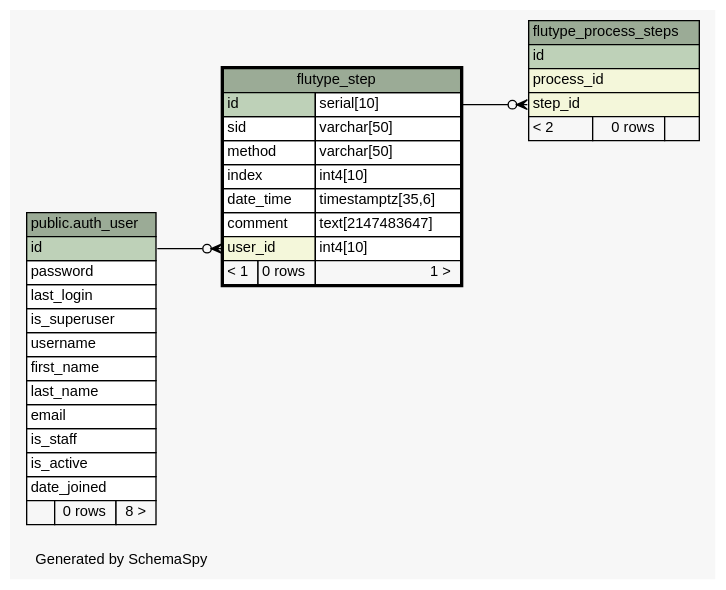
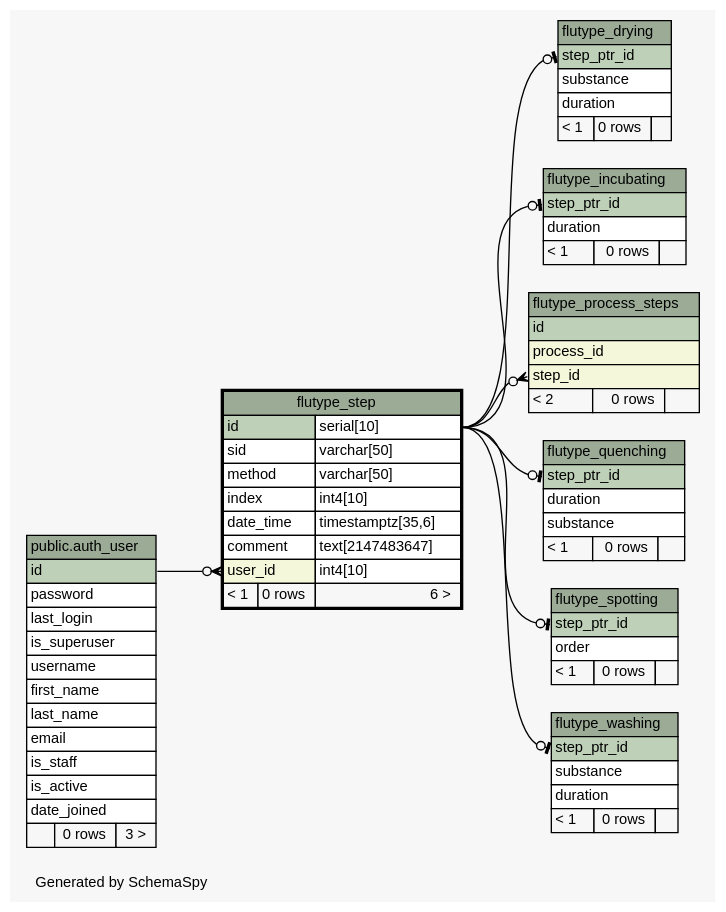
One commit to janekg89/flutype_webapp changed the diagram in docs/schema/diagrams/flutype_step.1degree.dot. Above: the diagram before and after it, drawn with Graphviz. The commit also changed 139 other files, not shown here.

Commit message:
add schema settings for janeks pc, working on fill_db.py with new model.

```diff
--- a/docs/schema/diagrams/flutype_step.1degree.dot
+++ b/docs/schema/diagrams/flutype_step.1degree.dot
@@ -1,71 +1,134 @@
-// dot 2.38.0 on Linux 4.4.0-89-generic
+// dot 2.38.0 on Linux 4.10.0-27-generic
 // SchemaSpy rev 590
 digraph "oneDegreeRelationshipsDiagram" {
   graph [
     rankdir="RL"
     bgcolor="#f7f7f7"
     label="\nGenerated by SchemaSpy"
     labeljust="l"
     nodesep="0.18"
     ranksep="0.46"
     fontname="Helvetica"
     fontsize="11"
   ];
   node [
     fontname="Helvetica"
     fontsize="11"
     shape="plaintext"
   ];
   edge [
     arrowsize="0.8"
   ];
+  "flutype_drying":"step_ptr_id":w -> "flutype_step":"id.type":e [arrowhead=none dir=back arrowtail=teeodot];
+  "flutype_incubating":"step_ptr_id":w -> "flutype_step":"id.type":e [arrowhead=none dir=back arrowtail=teeodot];
   "flutype_process_steps":"step_id":w -> "flutype_step":"id.type":e [arrowhead=none dir=back arrowtail=crowodot];
+  "flutype_quenching":"step_ptr_id":w -> "flutype_step":"id.type":e [arrowhead=none dir=back arrowtail=teeodot];
+  "flutype_spotting":"step_ptr_id":w -> "flutype_step":"id.type":e [arrowhead=none dir=back arrowtail=teeodot];
   "flutype_step":"user_id":w -> "public.auth_user":"id":e [arrowhead=none dir=back arrowtail=crowodot];
+  "flutype_washing":"step_ptr_id":w -> "flutype_step":"id.type":e [arrowhead=none dir=back arrowtail=teeodot];
   "public.auth_user" [
     label=<
     <TABLE BORDER="0" CELLBORDER="1" CELLSPACING="0" BGCOLOR="#ffffff">
       <TR><TD COLSPAN="3" BGCOLOR="#9bab96" ALIGN="CENTER">public.auth_user</TD></TR>
       <TR><TD PORT="id" COLSPAN="3" BGCOLOR="#bed1b8" ALIGN="LEFT">id</TD></TR>
       <TR><TD PORT="password" COLSPAN="3" ALIGN="LEFT">password</TD></TR>
       <TR><TD PORT="last_login" COLSPAN="3" ALIGN="LEFT">last_login</TD></TR>
       <TR><TD PORT="is_superuser" COLSPAN="3" ALIGN="LEFT">is_superuser</TD></TR>
       <TR><TD PORT="username" COLSPAN="3" ALIGN="LEFT">username</TD></TR>
       <TR><TD PORT="first_name" COLSPAN="3" ALIGN="LEFT">first_name</TD></TR>
       <TR><TD PORT="last_name" COLSPAN="3" ALIGN="LEFT">last_name</TD></TR>
       <TR><TD PORT="email" COLSPAN="3" ALIGN="LEFT">email</TD></TR>
       <TR><TD PORT="is_staff" COLSPAN="3" ALIGN="LEFT">is_staff</TD></TR>
       <TR><TD PORT="is_active" COLSPAN="3" ALIGN="LEFT">is_active</TD></TR>
       <TR><TD PORT="date_joined" COLSPAN="3" ALIGN="LEFT">date_joined</TD></TR>
-      <TR><TD ALIGN="LEFT" BGCOLOR="#f7f7f7">  </TD><TD ALIGN="RIGHT" BGCOLOR="#f7f7f7">0 rows</TD><TD ALIGN="RIGHT" BGCOLOR="#f7f7f7">8 &gt;</TD></TR>
+      <TR><TD ALIGN="LEFT" BGCOLOR="#f7f7f7">  </TD><TD ALIGN="RIGHT" BGCOLOR="#f7f7f7">0 rows</TD><TD ALIGN="RIGHT" BGCOLOR="#f7f7f7">3 &gt;</TD></TR>
     </TABLE>>
     tooltip="public.auth_user"
+  ];
+  "flutype_drying" [
+    label=<
+    <TABLE BORDER="0" CELLBORDER="1" CELLSPACING="0" BGCOLOR="#ffffff">
+      <TR><TD COLSPAN="3" BGCOLOR="#9bab96" ALIGN="CENTER">flutype_drying</TD></TR>
+      <TR><TD PORT="step_ptr_id" COLSPAN="3" BGCOLOR="#bed1b8" ALIGN="LEFT">step_ptr_id</TD></TR>
+      <TR><TD PORT="substance" COLSPAN="3" ALIGN="LEFT">substance</TD></TR>
+      <TR><TD PORT="duration" COLSPAN="3" ALIGN="LEFT">duration</TD></TR>
+      <TR><TD ALIGN="LEFT" BGCOLOR="#f7f7f7">&lt; 1</TD><TD ALIGN="RIGHT" BGCOLOR="#f7f7f7">0 rows</TD><TD ALIGN="RIGHT" BGCOLOR="#f7f7f7">  </TD></TR>
+    </TABLE>>
+    URL="flutype_drying.html"
+    tooltip="flutype_drying"
+  ];
+  "flutype_incubating" [
+    label=<
+    <TABLE BORDER="0" CELLBORDER="1" CELLSPACING="0" BGCOLOR="#ffffff">
+      <TR><TD COLSPAN="3" BGCOLOR="#9bab96" ALIGN="CENTER">flutype_incubating</TD></TR>
+      <TR><TD PORT="step_ptr_id" COLSPAN="3" BGCOLOR="#bed1b8" ALIGN="LEFT">step_ptr_id</TD></TR>
+      <TR><TD PORT="duration" COLSPAN="3" ALIGN="LEFT">duration</TD></TR>
+      <TR><TD ALIGN="LEFT" BGCOLOR="#f7f7f7">&lt; 1</TD><TD ALIGN="RIGHT" BGCOLOR="#f7f7f7">0 rows</TD><TD ALIGN="RIGHT" BGCOLOR="#f7f7f7">  </TD></TR>
+    </TABLE>>
+    URL="flutype_incubating.html"
+    tooltip="flutype_incubating"
   ];
   "flutype_process_steps" [
     label=<
     <TABLE BORDER="0" CELLBORDER="1" CELLSPACING="0" BGCOLOR="#ffffff">
       <TR><TD COLSPAN="3" BGCOLOR="#9bab96" ALIGN="CENTER">flutype_process_steps</TD></TR>
       <TR><TD PORT="id" COLSPAN="3" BGCOLOR="#bed1b8" ALIGN="LEFT">id</TD></TR>
       <TR><TD PORT="process_id" COLSPAN="3" BGCOLOR="#f4f7da" ALIGN="LEFT">process_id</TD></TR>
       <TR><TD PORT="step_id" COLSPAN="3" BGCOLOR="#f4f7da" ALIGN="LEFT">step_id</TD></TR>
       <TR><TD ALIGN="LEFT" BGCOLOR="#f7f7f7">&lt; 2</TD><TD ALIGN="RIGHT" BGCOLOR="#f7f7f7">0 rows</TD><TD ALIGN="RIGHT" BGCOLOR="#f7f7f7">  </TD></TR>
     </TABLE>>
     URL="flutype_process_steps.html"
     tooltip="flutype_process_steps"
   ];
+  "flutype_quenching" [
+    label=<
+    <TABLE BORDER="0" CELLBORDER="1" CELLSPACING="0" BGCOLOR="#ffffff">
+      <TR><TD COLSPAN="3" BGCOLOR="#9bab96" ALIGN="CENTER">flutype_quenching</TD></TR>
+      <TR><TD PORT="step_ptr_id" COLSPAN="3" BGCOLOR="#bed1b8" ALIGN="LEFT">step_ptr_id</TD></TR>
+      <TR><TD PORT="duration" COLSPAN="3" ALIGN="LEFT">duration</TD></TR>
+      <TR><TD PORT="substance" COLSPAN="3" ALIGN="LEFT">substance</TD></TR>
+      <TR><TD ALIGN="LEFT" BGCOLOR="#f7f7f7">&lt; 1</TD><TD ALIGN="RIGHT" BGCOLOR="#f7f7f7">0 rows</TD><TD ALIGN="RIGHT" BGCOLOR="#f7f7f7">  </TD></TR>
+    </TABLE>>
+    URL="flutype_quenching.html"
+    tooltip="flutype_quenching"
+  ];
+  "flutype_spotting" [
+    label=<
+    <TABLE BORDER="0" CELLBORDER="1" CELLSPACING="0" BGCOLOR="#ffffff">
+      <TR><TD COLSPAN="3" BGCOLOR="#9bab96" ALIGN="CENTER">flutype_spotting</TD></TR>
+      <TR><TD PORT="step_ptr_id" COLSPAN="3" BGCOLOR="#bed1b8" ALIGN="LEFT">step_ptr_id</TD></TR>
+      <TR><TD PORT="order" COLSPAN="3" ALIGN="LEFT">order</TD></TR>
+      <TR><TD ALIGN="LEFT" BGCOLOR="#f7f7f7">&lt; 1</TD><TD ALIGN="RIGHT" BGCOLOR="#f7f7f7">0 rows</TD><TD ALIGN="RIGHT" BGCOLOR="#f7f7f7">  </TD></TR>
+    </TABLE>>
+    URL="flutype_spotting.html"
+    tooltip="flutype_spotting"
+  ];
   "flutype_step" [
     label=<
     <TABLE BORDER="2" CELLBORDER="1" CELLSPACING="0" BGCOLOR="#ffffff">
       <TR><TD COLSPAN="3" BGCOLOR="#9bab96" ALIGN="CENTER">flutype_step</TD></TR>
       <TR><TD PORT="id" COLSPAN="2" BGCOLOR="#bed1b8" ALIGN="LEFT">id</TD><TD PORT="id.type" ALIGN="LEFT">serial[10]</TD></TR>
       <TR><TD PORT="sid" COLSPAN="2" ALIGN="LEFT">sid</TD><TD PORT="sid.type" ALIGN="LEFT">varchar[50]</TD></TR>
       <TR><TD PORT="method" COLSPAN="2" ALIGN="LEFT">method</TD><TD PORT="method.type" ALIGN="LEFT">varchar[50]</TD></TR>
       <TR><TD PORT="index" COLSPAN="2" ALIGN="LEFT">index</TD><TD PORT="index.type" ALIGN="LEFT">int4[10]</TD></TR>
       <TR><TD PORT="date_time" COLSPAN="2" ALIGN="LEFT">date_time</TD><TD PORT="date_time.type" ALIGN="LEFT">timestamptz[35,6]</TD></TR>
       <TR><TD PORT="comment" COLSPAN="2" ALIGN="LEFT">comment</TD><TD PORT="comment.type" ALIGN="LEFT">text[2147483647]</TD></TR>
       <TR><TD PORT="user_id" COLSPAN="2" BGCOLOR="#f4f7da" ALIGN="LEFT">user_id</TD><TD PORT="user_id.type" ALIGN="LEFT">int4[10]</TD></TR>
-      <TR><TD ALIGN="LEFT" BGCOLOR="#f7f7f7">&lt; 1</TD><TD ALIGN="RIGHT" BGCOLOR="#f7f7f7">0 rows</TD><TD ALIGN="RIGHT" BGCOLOR="#f7f7f7">1 &gt;</TD></TR>
+      <TR><TD ALIGN="LEFT" BGCOLOR="#f7f7f7">&lt; 1</TD><TD ALIGN="RIGHT" BGCOLOR="#f7f7f7">0 rows</TD><TD ALIGN="RIGHT" BGCOLOR="#f7f7f7">6 &gt;</TD></TR>
     </TABLE>>
     URL="flutype_step.html"
     tooltip="flutype_step"
   ];
+  "flutype_washing" [
+    label=<
+    <TABLE BORDER="0" CELLBORDER="1" CELLSPACING="0" BGCOLOR="#ffffff">
+      <TR><TD COLSPAN="3" BGCOLOR="#9bab96" ALIGN="CENTER">flutype_washing</TD></TR>
+      <TR><TD PORT="step_ptr_id" COLSPAN="3" BGCOLOR="#bed1b8" ALIGN="LEFT">step_ptr_id</TD></TR>
+      <TR><TD PORT="substance" COLSPAN="3" ALIGN="LEFT">substance</TD></TR>
+      <TR><TD PORT="duration" COLSPAN="3" ALIGN="LEFT">duration</TD></TR>
+      <TR><TD ALIGN="LEFT" BGCOLOR="#f7f7f7">&lt; 1</TD><TD ALIGN="RIGHT" BGCOLOR="#f7f7f7">0 rows</TD><TD ALIGN="RIGHT" BGCOLOR="#f7f7f7">  </TD></TR>
+    </TABLE>>
+    URL="flutype_washing.html"
+    tooltip="flutype_washing"
+  ];
 }
```
